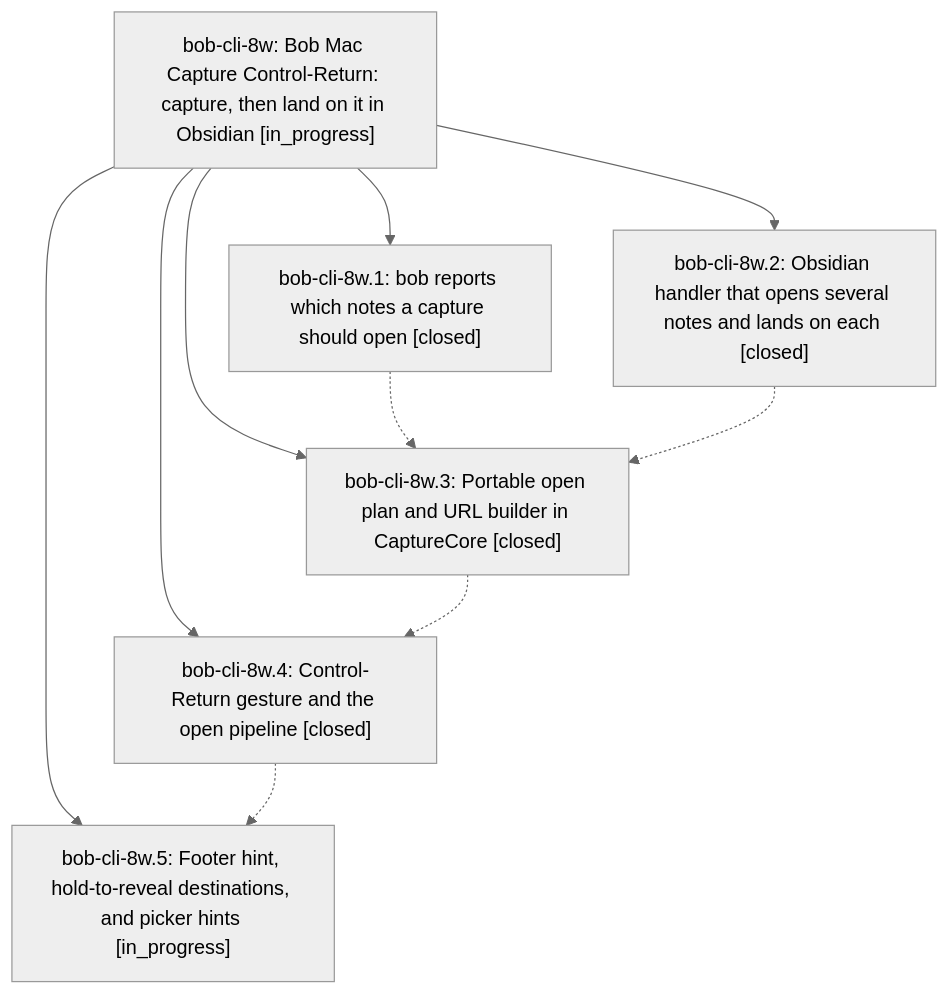
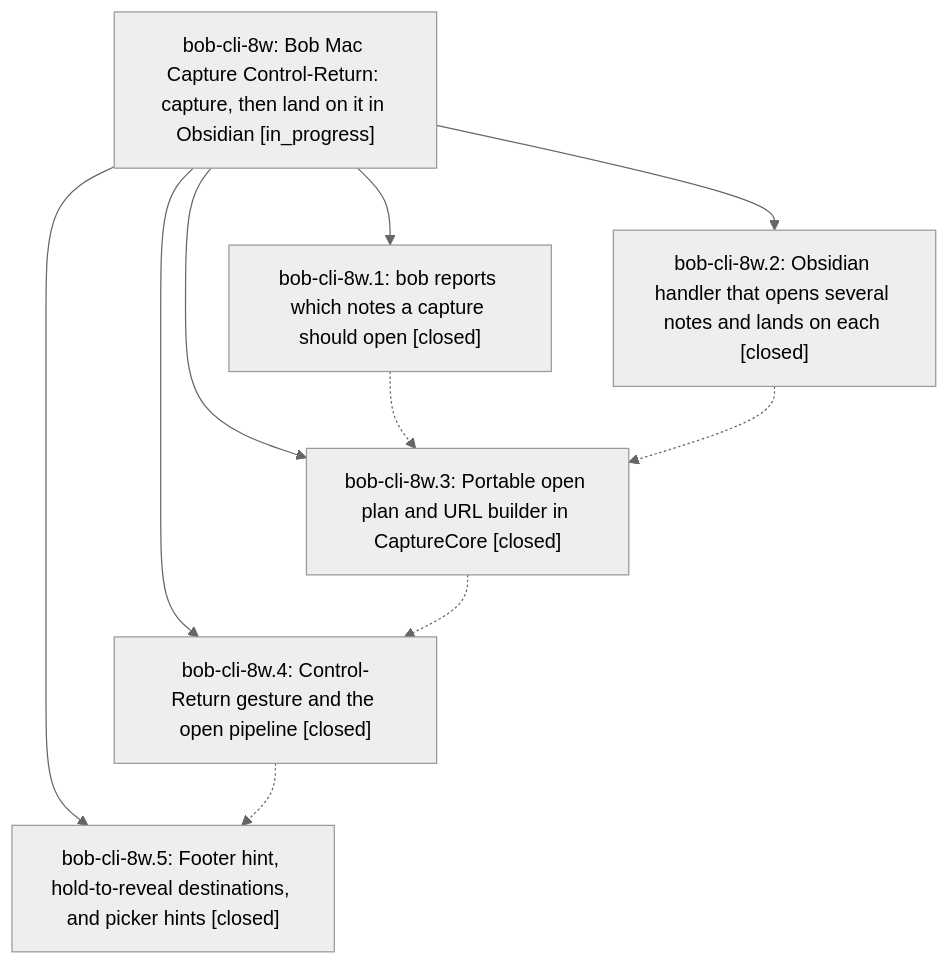
Before and after one commit to bobs-org/bob-cli--beads: the diagram in pages/bob-cli-8w/README.md, drawn with Mermaid (neutral theme). The commit also changed other lines of this file and 2 other files, not shown here.

First line of the commit message:
chore(beads): sync bead state and pages for bob-cli-8w

````diff
--- a/pages/bob-cli-8w/README.md
+++ b/pages/bob-cli-8w/README.md
@@ -44,18 +44,18 @@
 ```mermaid
 flowchart TD
     n0["bob-cli-8w: Bob Mac Capture Control-Return: capture, then land on it in Obsidian [in_progress]"]
     n1["bob-cli-8w.1: bob reports which notes a capture should open [closed]"]
     n2["bob-cli-8w.2: Obsidian handler that opens several notes and lands on each [closed]"]
     n3["bob-cli-8w.3: Portable open plan and URL builder in CaptureCore [closed]"]
     n4["bob-cli-8w.4: Control-Return gesture and the open pipeline [closed]"]
-    n5["bob-cli-8w.5: Footer hint, hold-to-reveal destinations, and picker hints [in_progress]"]
+    n5["bob-cli-8w.5: Footer hint, hold-to-reveal destinations, and picker hints [closed]"]
     n0 --> n1
     n0 --> n2
     n0 --> n3
     n0 --> n4
     n0 --> n5
     n1 -.-> n3
     n2 -.-> n3
     n3 -.-> n4
     n4 -.-> n5
 ```
````
